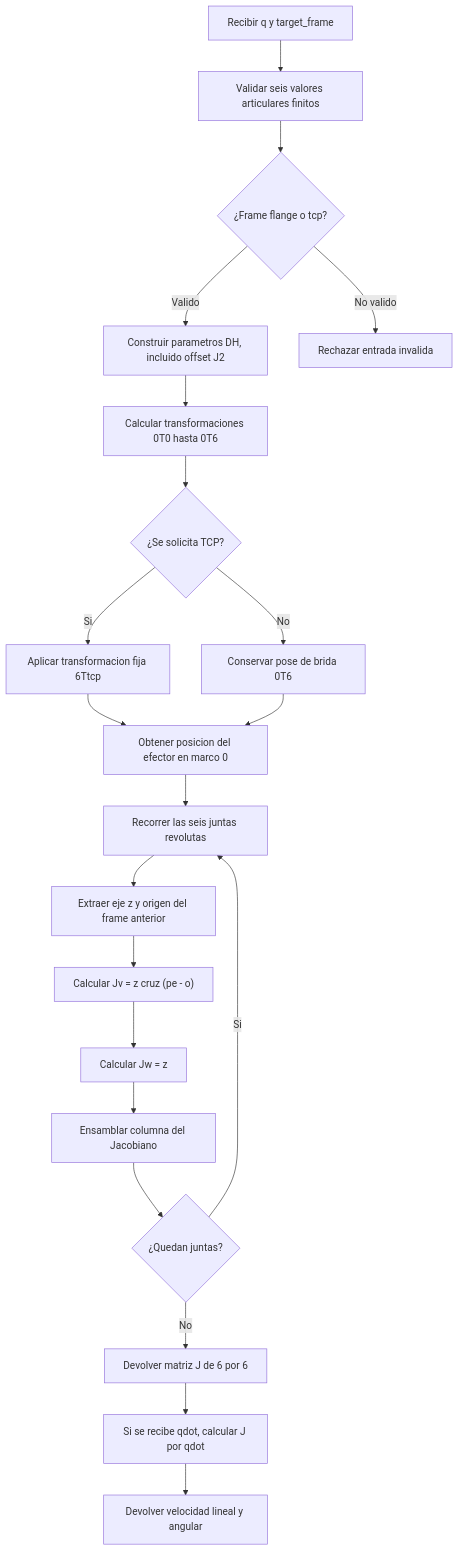
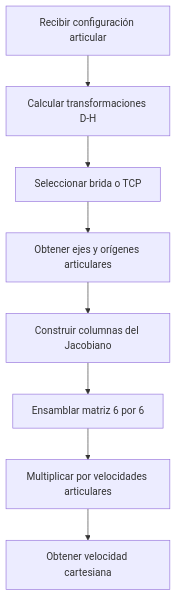
One commit to mario-nina/planificacion-UCB changed the sixth of 8 diagrams in 2-2026/IMT342/equipo/hitos/hito2/docs/diagramas_flujo.md. Above: the diagram before and after it, drawn with Mermaid. The commit also changed other lines of this file and 6 other files, not shown here.

````diff
--- a/2-2026/IMT342/equipo/hitos/hito2/docs/diagramas_flujo.md
+++ b/2-2026/IMT342/equipo/hitos/hito2/docs/diagramas_flujo.md
@@ -480,32 +211,13 @@
 ```mermaid
 flowchart TD
-    A["Recibir q y target_frame"]
-    B["Validar seis valores articulares finitos"]
-    C{"¿Frame flange o tcp?"}
-    D["Construir parametros DH, incluido offset J2"]
-    E["Calcular transformaciones 0T0 hasta 0T6"]
-    F{"¿Se solicita TCP?"}
-    G["Aplicar transformacion fija 6Ttcp"]
-    H["Conservar pose de brida 0T6"]
-    I["Obtener posicion del efector en marco 0"]
-    J["Recorrer las seis juntas revolutas"]
-    K["Extraer eje z y origen del frame anterior"]
-    L["Calcular Jv = z cruz (pe - o)"]
-    M["Calcular Jw = z"]
-    N["Ensamblar columna del Jacobiano"]
-    O{"¿Quedan juntas?"}
-    P["Devolver matriz J de 6 por 6"]
-    Q["Si se recibe qdot, calcular J por qdot"]
-    R["Devolver velocidad lineal y angular"]
-    X["Rechazar entrada invalida"]
+    A["Recibir configuración articular"]
+    B["Calcular transformaciones D-H"]
+    C["Seleccionar brida o TCP"]
+    D["Obtener ejes y orígenes articulares"]
+    E["Construir columnas del Jacobiano"]
+    F["Ensamblar matriz 6 por 6"]
+    G["Multiplicar por velocidades articulares"]
+    H["Obtener velocidad cartesiana"]
 
-    A --> B --> C
-    C -->|No valido| X
-    C -->|Valido| D --> E --> F
-    F -->|Si| G --> I
-    F -->|No| H --> I
-    I --> J --> K --> L --> M --> N --> O
-    O -->|Si| J
-    O -->|No| P
-    P --> Q --> R
+    A --> B --> C --> D --> E --> F --> G --> H
 ```
````
